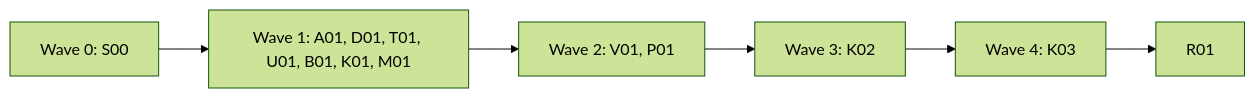
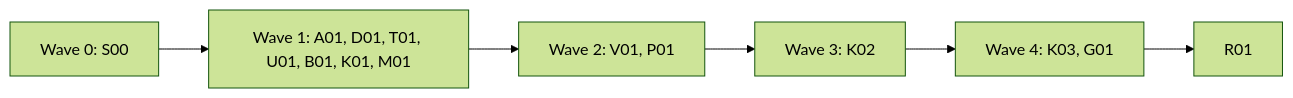
The first of 2 diagrams in docs/plan-0.5.md (alfhen/pingwright), drawn with Mermaid (forest theme) before and after one commit. The commit also changed other lines of this file, not shown here.

````diff
--- a/docs/plan-0.5.md
+++ b/docs/plan-0.5.md
@@ -98,8 +100,8 @@
 ```mermaid
 flowchart LR
   W0[Wave 0: S00] --> W1[Wave 1: A01, D01, T01, U01, B01, K01, M01]
   W1 --> W2[Wave 2: V01, P01]
   W2 --> W3[Wave 3: K02]
-  W3 --> W4[Wave 4: K03]
+  W3 --> W4[Wave 4: K03, G01]
   W4 --> R[R01]
 ```
````
